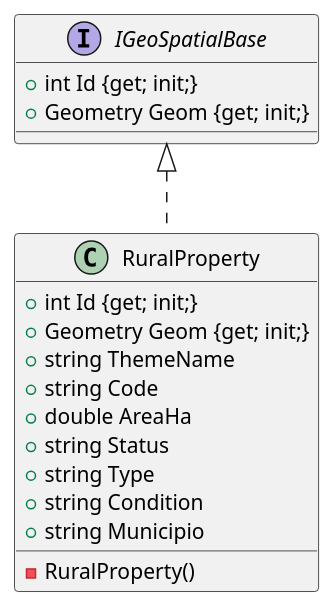
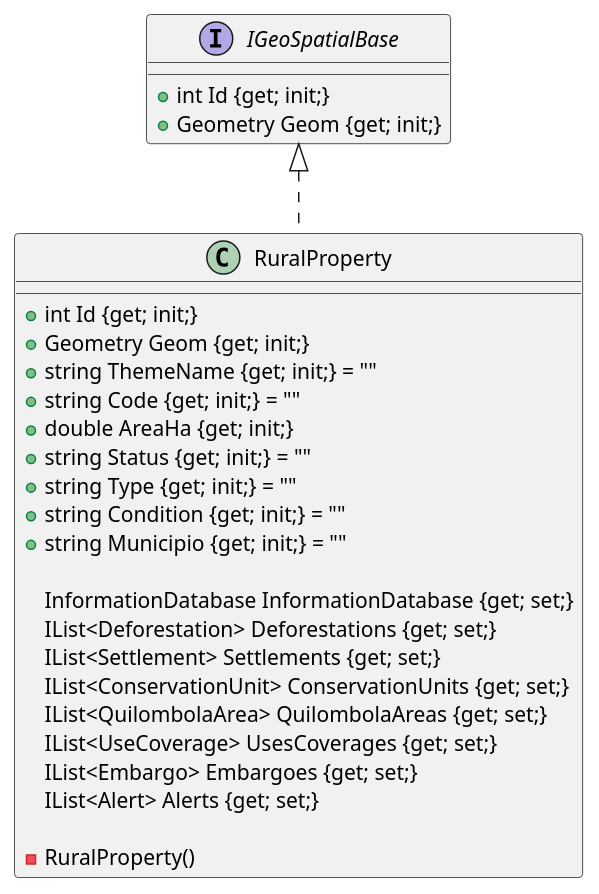
Before and after one commit to ruralgises/documentation: the diagram in class-diagram/rural-property-diagram.plantuml, drawn with PlantUML.

```diff
--- a/class-diagram/rural-property-diagram.plantuml
+++ b/class-diagram/rural-property-diagram.plantuml
@@ -1,21 +1,31 @@
 @startuml
 
 class RuralProperty implements IGeoSpatialBase {
-    {field} +int Id {get; init;}
-    {field} +Geometry Geom {get; init;}
-    {field} +string ThemeName
-    {field} +string Code
-    {field} +double AreaHa
-    {field} +string Status
-    {field} +string Type
-    {field} +string Condition
-    {field} +string Municipio
+    {method} +int Id {get; init;}
+    {method} +Geometry Geom {get; init;}
+    {method} +string ThemeName {get; init;} = ""
+    {method} +string Code {get; init;} = ""
+    {method} +double AreaHa {get; init;}
+    {method} +string Status {get; init;} = ""
+    {method} +string Type {get; init;} = ""
+    {method} +string Condition {get; init;} = ""
+    {method} +string Municipio {get; init;} = ""
+    
+    {method} InformationDatabase InformationDatabase {get; set;}
+    {method} IList<Deforestation> Deforestations {get; set;}
+    {method} IList<Settlement> Settlements {get; set;}
+    {method} IList<ConservationUnit> ConservationUnits {get; set;}
+    {method} IList<QuilombolaArea> QuilombolaAreas {get; set;}
+    {method} IList<UseCoverage> UsesCoverages {get; set;}
+    {method} IList<Embargo> Embargoes {get; set;}
+    {method} IList<Alert> Alerts {get; set;}
+
     {method} -RuralProperty()
 }
 
 interface IGeoSpatialBase {
-    {field} +int Id {get; init;}
-    {field} +Geometry Geom {get; init;}
+    {method} +int Id {get; init;}
+    {method} +Geometry Geom {get; init;}
 }
 
 @enduml
```
